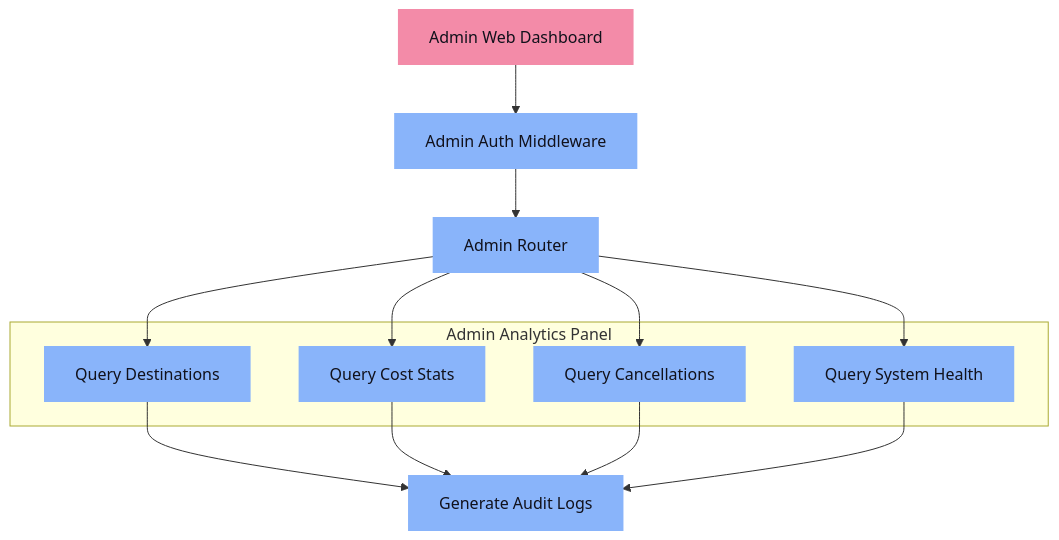
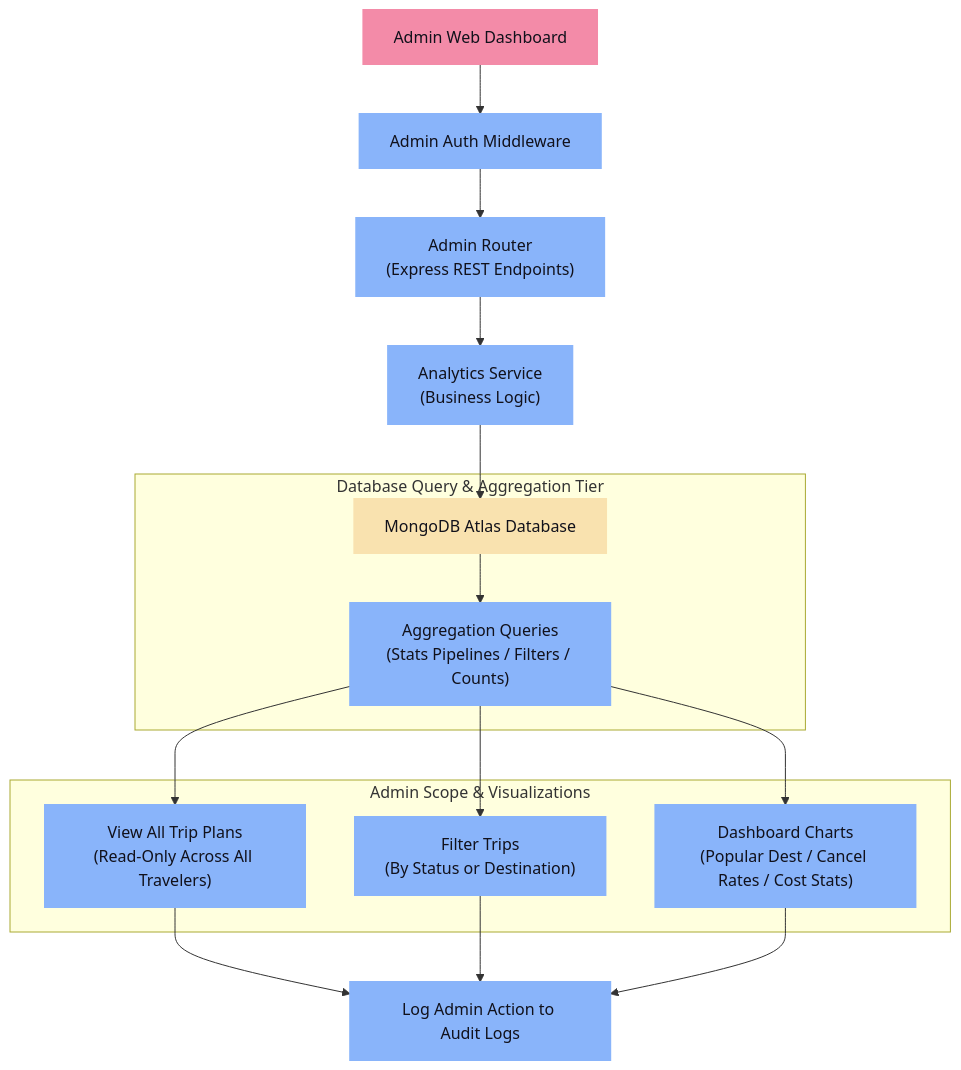
One commit to Dhayananth1511/CapStoneProject_Presidio_InternShip changed the second of 9 diagrams in README.md. Above: the diagram before and after it, drawn with Mermaid. The commit also changed other lines of this file, not shown here.

Commit message:
Final project work flow

````diff
--- a/README.md
+++ b/README.md
@@ -125,27 +154,35 @@
 ```mermaid
 graph TD
     classDef default fill:#1e1e2e,stroke:#cdd6f4,stroke-width:2px,color:#cdd6f4;
     classDef startEnd fill:#a6e3a1,stroke:#a6e3a1,stroke-width:2px,color:#11111b;
     classDef process fill:#89b4fa,stroke:#89b4fa,stroke-width:2px,color:#11111b;
     classDef admin fill:#f38ba8,stroke:#f38ba8,stroke-width:2px,color:#11111b;
+    classDef db fill:#f9e2af,stroke:#f9e2af,stroke-width:2px,color:#11111b;
 
     Admin["Admin Web Dashboard"]:::admin --> Auth["Admin Auth Middleware"]:::process
-    Auth --> DashboardREST["Admin Router"]:::process
+    Auth --> AdminRouter["Admin Router<br/>(Express REST Endpoints)"]:::process
     
-    subgraph Metrics ["Admin Analytics Panel"]
-        PopularDest["Query Destinations"]:::process
-        Stats["Query Cost Stats"]:::process
-        CancelRate["Query Cancellations"]:::process
-        Telemetry["Query System Health"]:::process
+    AdminRouter --> AnalyticsService["Analytics Service<br/>(Business Logic)"]:::process
+    
+    subgraph Aggregation ["Database Query & Aggregation Tier"]
+        MongoDB["MongoDB Atlas Database"]:::db
+        AggQueries["Aggregation Queries<br/>(Stats Pipelines / Filters / Counts)"]:::process
     end
     
-    DashboardREST --> PopularDest
-    DashboardREST --> Stats
-    DashboardREST --> CancelRate
-    DashboardREST --> Telemetry
+    AnalyticsService --> MongoDB
+    MongoDB --> AggQueries
     
-    PopularDest --> Audit["Generate Audit Logs"]:::process
-    Stats --> Audit
-    CancelRate --> Audit
-    Telemetry --> Audit
+    subgraph Capability ["Admin Scope & Visualizations"]
+        AllTrips["View All Trip Plans<br/>(Read-Only Across All Travelers)"]:::process
+        FilterTrips["Filter Trips<br/>(By Status or Destination)"]:::process
+        DashboardCharts["Dashboard Charts<br/>(Popular Dest / Cancel Rates / Cost Stats)"]:::process
+    end
+    
+    AggQueries --> AllTrips
+    AggQueries --> FilterTrips
+    AggQueries --> DashboardCharts
+    
+    AllTrips --> Audit["Log Admin Action to Audit Logs"]:::process
+    FilterTrips --> Audit
+    DashboardCharts --> Audit
 ```
````
